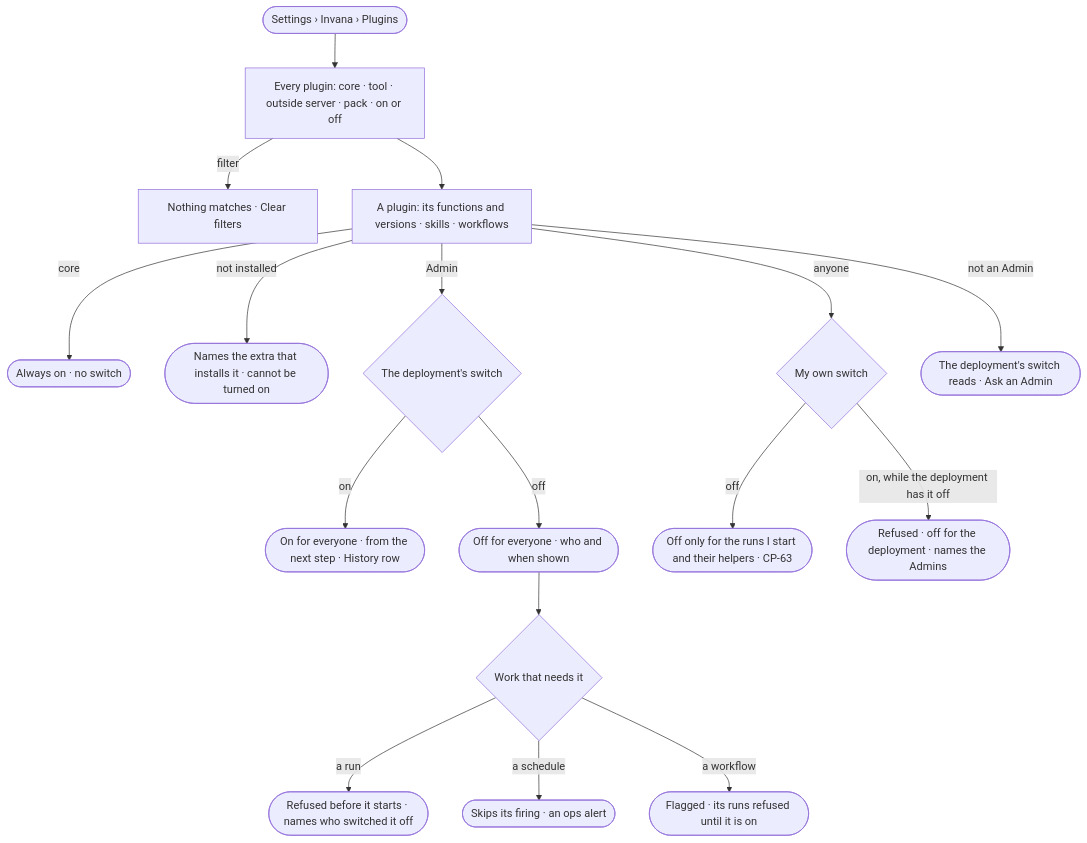
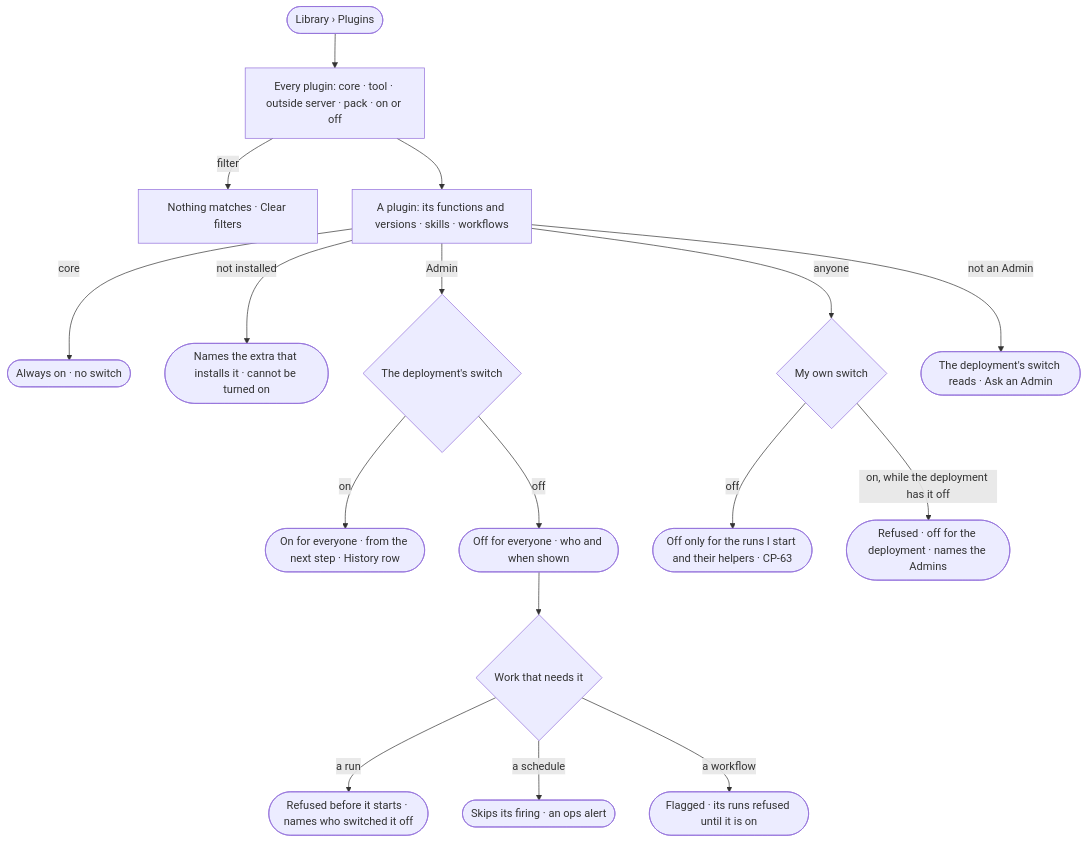
The diagram in specs/os/control/features/CP-F02-plugins-and-outside-tools/stories/CP-04-see-every-plugin-and-switch-it-on-or-off/story.md (invana/invana), drawn with Mermaid before and after one commit. The commit also changed other lines of this file and 106 other files, not shown here.

````diff
--- a/specs/os/control/features/CP-F02-plugins-and-outside-tools/stories/CP-04-see-every-plugin-and-switch-it-on-or-off/story.md
+++ b/specs/os/control/features/CP-F02-plugins-and-outside-tools/stories/CP-04-see-every-plugin-and-switch-it-on-or-off/story.md
@@ -29,19 +29,19 @@
 ```mermaid
 flowchart TD
-  s([Settings › Invana › Plugins]) --> l["Every plugin: core · tool · outside server · pack · on or off"]
+  s([Library › Plugins]) --> l["Every plugin: core · tool · outside server · pack · on or off"]
   l -->|filter| f["Nothing matches · Clear filters"]
   l --> p["A plugin: its functions and versions · skills · workflows"]
   p -->|core| always(["Always on · no switch"])
   p -->|not installed| ni(["Names the extra that installs it · cannot be turned on"])
   p -->|Admin| sw{"The deployment's switch"}
   sw -->|on| on(["On for everyone · from the next step · History row"])
   sw -->|off| off(["Off for everyone · who and when shown"])
   off --> w{"Work that needs it"}
   w -->|a run| r(["Refused before it starts · names who switched it off"])
   w -->|a schedule| sc(["Skips its firing · an ops alert"])
   w -->|a workflow| wf(["Flagged · its runs refused until it is on"])
   p -->|anyone| me{"My own switch"}
   me -->|off| mo(["Off only for the runs I start and their helpers · CP-63"])
   me -->|on, while the deployment has it off| no(["Refused · off for the deployment · names the Admins"])
   p -->|not an Admin| ro(["The deployment's switch reads · Ask an Admin"])
 ```
````
